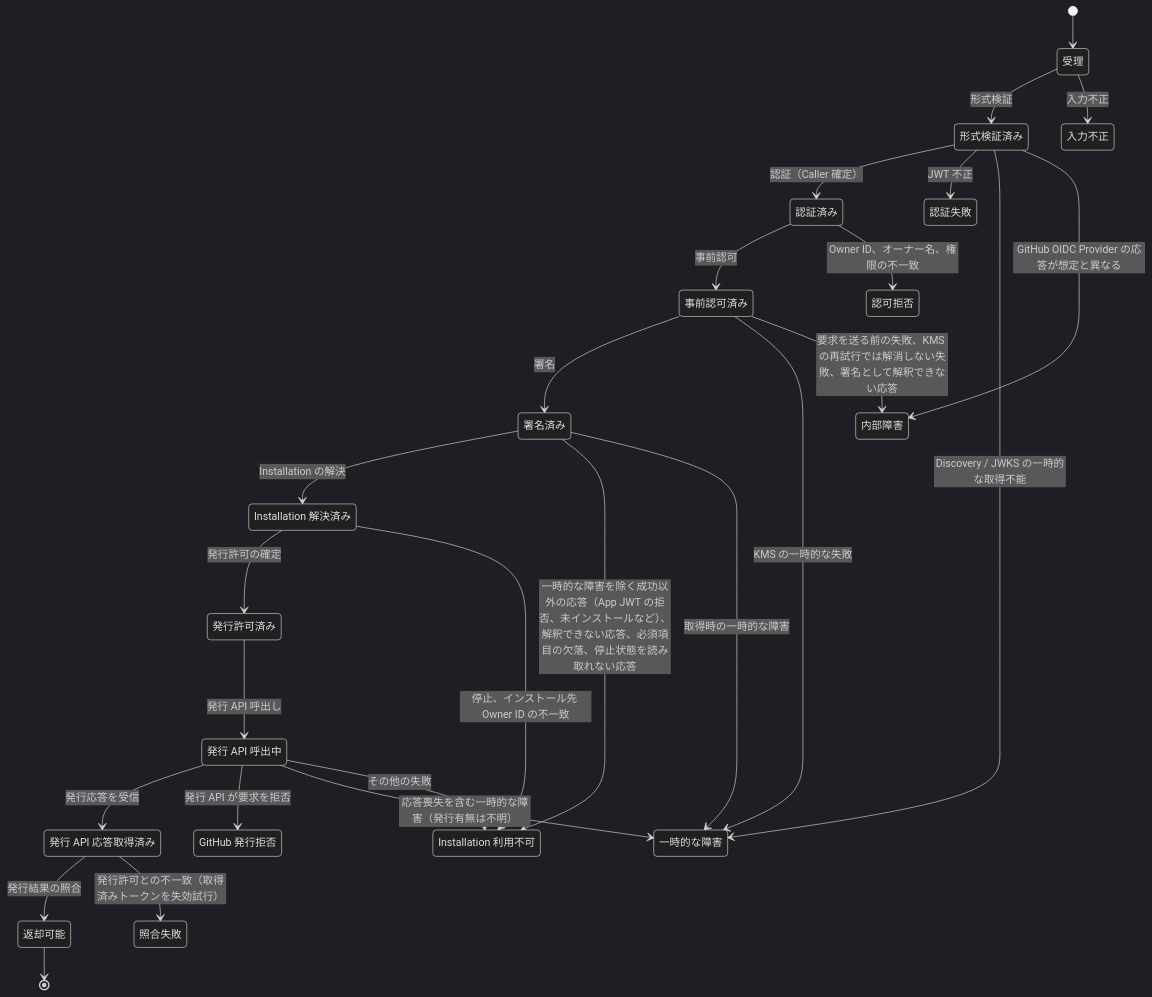
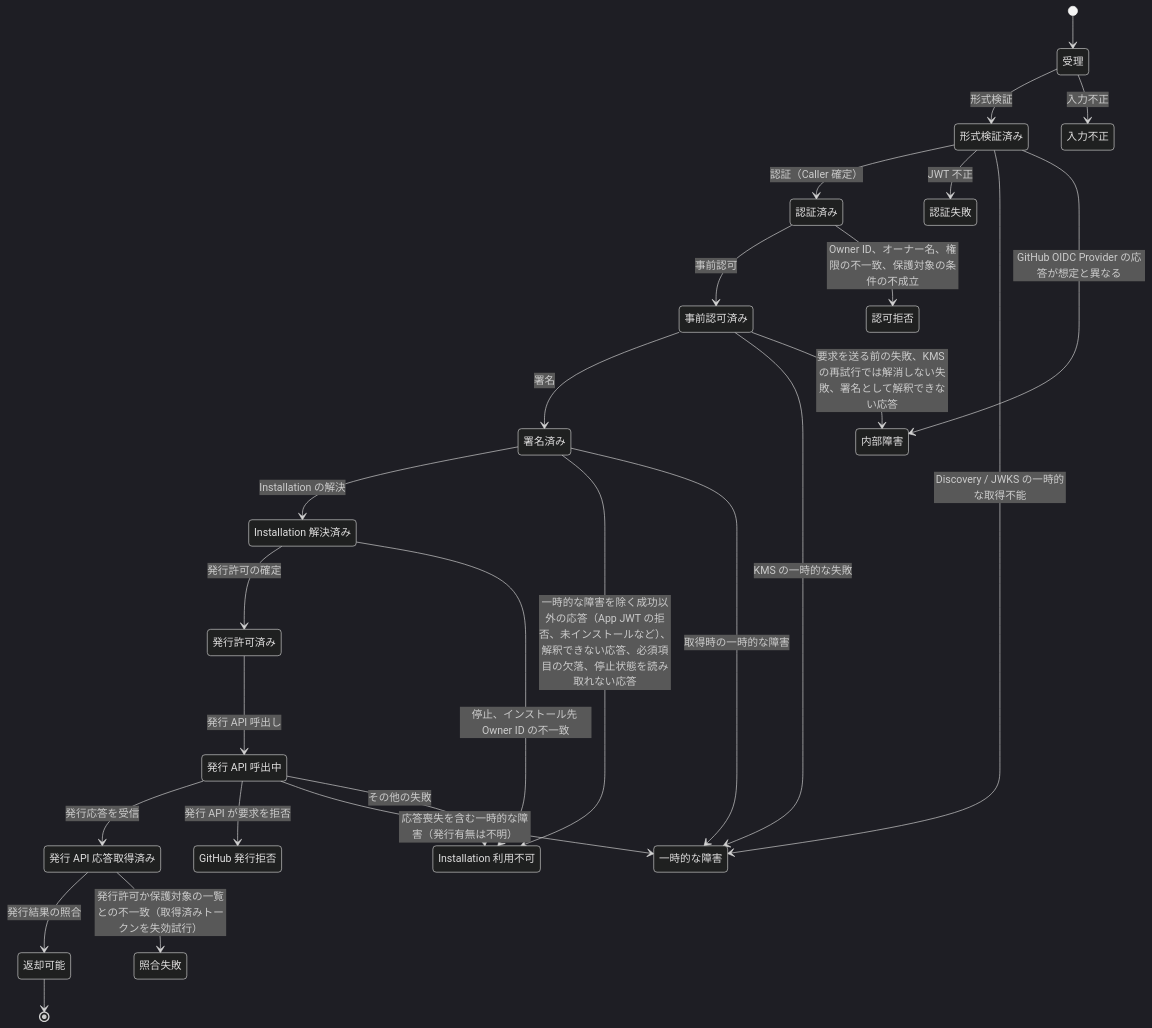
One commit to tmknom/gates changed the second of 3 diagrams in docs/design/domain.md. Above: the diagram before and after it, drawn with Mermaid (dark theme). The commit also changed other lines of this file and 5 other files, not shown here.

````diff
--- a/docs/design/domain.md
+++ b/docs/design/domain.md
@@ -374,46 +423,46 @@
 ```mermaid
 stateDiagram-v2
   state "受理" as received
   state "形式検証済み" as validated
   state "認証済み" as authenticated
   state "事前認可済み" as preauthorized
   state "署名済み" as signed
   state "Installation 解決済み" as resolved
   state "発行許可済み" as granted
   state "発行 API 応答取得済み" as issue_responded
   state "発行 API 呼出中" as issue_requested
   state "返却可能" as returnable
   state "入力不正" as rej_request
   state "認証失敗" as rej_auth
   state "認可拒否" as rej_authz
   state "Installation 利用不可" as rej_installation
   state "GitHub 発行拒否" as rej_issue
   state "照合失敗" as rej_verify
   state "一時的な障害" as rej_transient
   state "内部障害" as rej_internal
   [*] --> received
   received --> validated : 形式検証
   received --> rej_request : 入力不正
   validated --> authenticated : 認証（Caller 確定）
   validated --> rej_auth : JWT 不正
   validated --> rej_transient : Discovery / JWKS の一時的な取得不能
   validated --> rej_internal : GitHub OIDC Provider の応答が想定と異なる
   authenticated --> preauthorized : 事前認可
-  authenticated --> rej_authz : Owner ID、オーナー名、権限の不一致
+  authenticated --> rej_authz : Owner ID、オーナー名、権限の不一致、保護対象の条件の不成立
   preauthorized --> signed : 署名
   preauthorized --> rej_transient : KMS の一時的な失敗
   preauthorized --> rej_internal : 要求を送る前の失敗、KMS の再試行では解消しない失敗、署名として解釈できない応答
   signed --> resolved : Installation の解決
   signed --> rej_installation : 一時的な障害を除く成功以外の応答（App JWT の拒否、未インストールなど）、解釈できない応答、必須項目の欠落、停止状態を読み取れない応答
   signed --> rej_transient : 取得時の一時的な障害
   resolved --> granted : 発行許可の確定
   resolved --> rej_installation : 停止、インストール先 Owner ID の不一致
   granted --> issue_requested : 発行 API 呼出し
   issue_requested --> issue_responded : 発行応答を受信
   issue_requested --> rej_issue : 発行 API が要求を拒否
   issue_requested --> rej_transient : 応答喪失を含む一時的な障害（発行有無は不明）
   issue_requested --> rej_installation : その他の失敗
   issue_responded --> returnable : 発行結果の照合
-  issue_responded --> rej_verify : 発行許可との不一致（取得済みトークンを失効試行）
+  issue_responded --> rej_verify : 発行許可か保護対象の一覧との不一致（取得済みトークンを失効試行）
   returnable --> [*]
 ```
````
